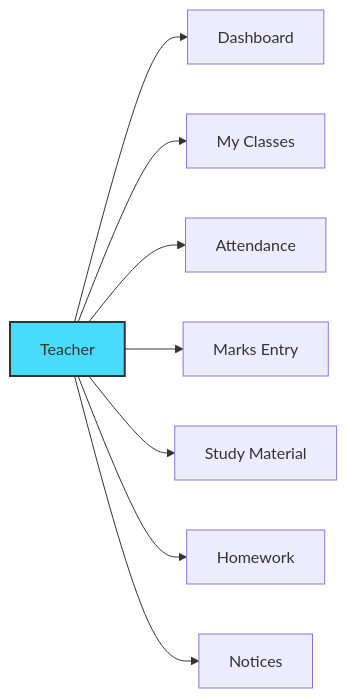
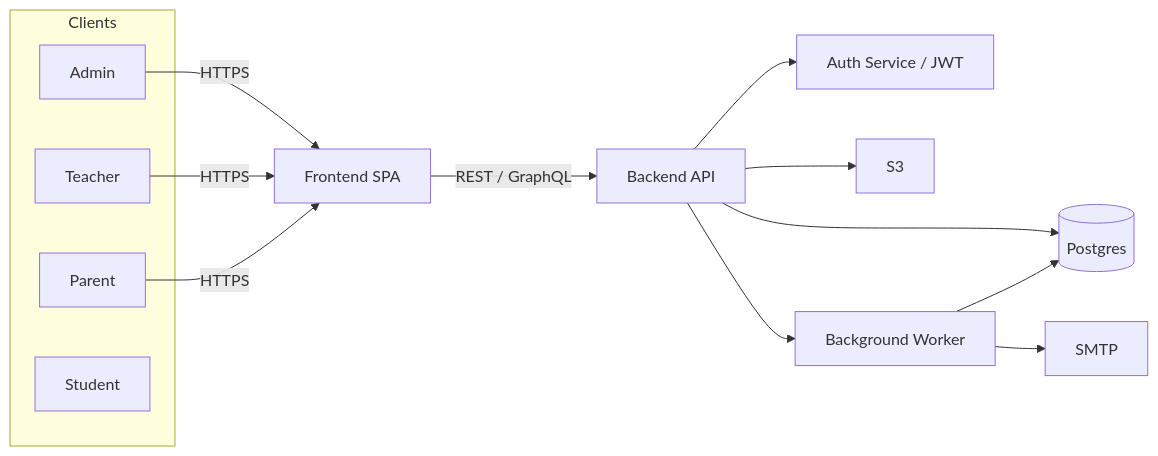
Before and after one commit to ashwanik0777/school-management: the first of 3 diagrams in README.md, drawn with Mermaid. The commit also changed other lines of this file, not shown here.

````diff
--- a/README.md
+++ b/README.md
@@ -144,12 +218,19 @@
 ```mermaid
-graph LR
-    T[Teacher] --> D[Dashboard]
-    T --> C[My Classes]
-    T --> A[Attendance]
-    T --> M[Marks Entry]
-    T --> S[Study Material]
-    T --> H[Homework]
-    T --> N[Notices]
-    
-    style T fill:#48dbfb,stroke:#333,stroke-width:2px
+flowchart LR
+  subgraph Clients
+    A[Admin]
+    B[Teacher]
+    C[Parent]
+    D[Student]
+  end
+  A -->|HTTPS| FE[Frontend SPA]
+  B -->|HTTPS| FE
+  C -->|HTTPS| FE
+  FE -->|REST / GraphQL| API[Backend API]
+  API --> DB[(Postgres)]
+  API --> Auth[Auth Service / JWT]
+  API --> Storage[S3]
+  API --> Worker[Background Worker]
+  Worker --> DB
+  Worker --> Email[SMTP]
 ```
````
